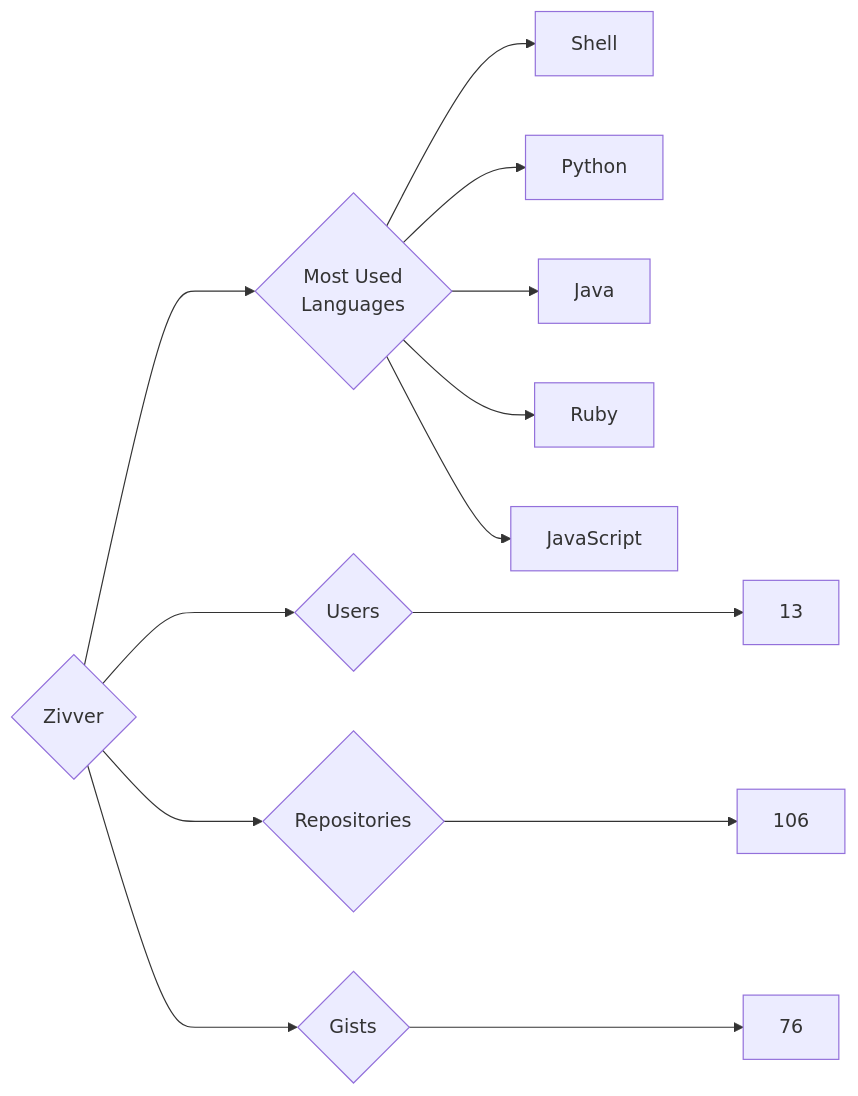
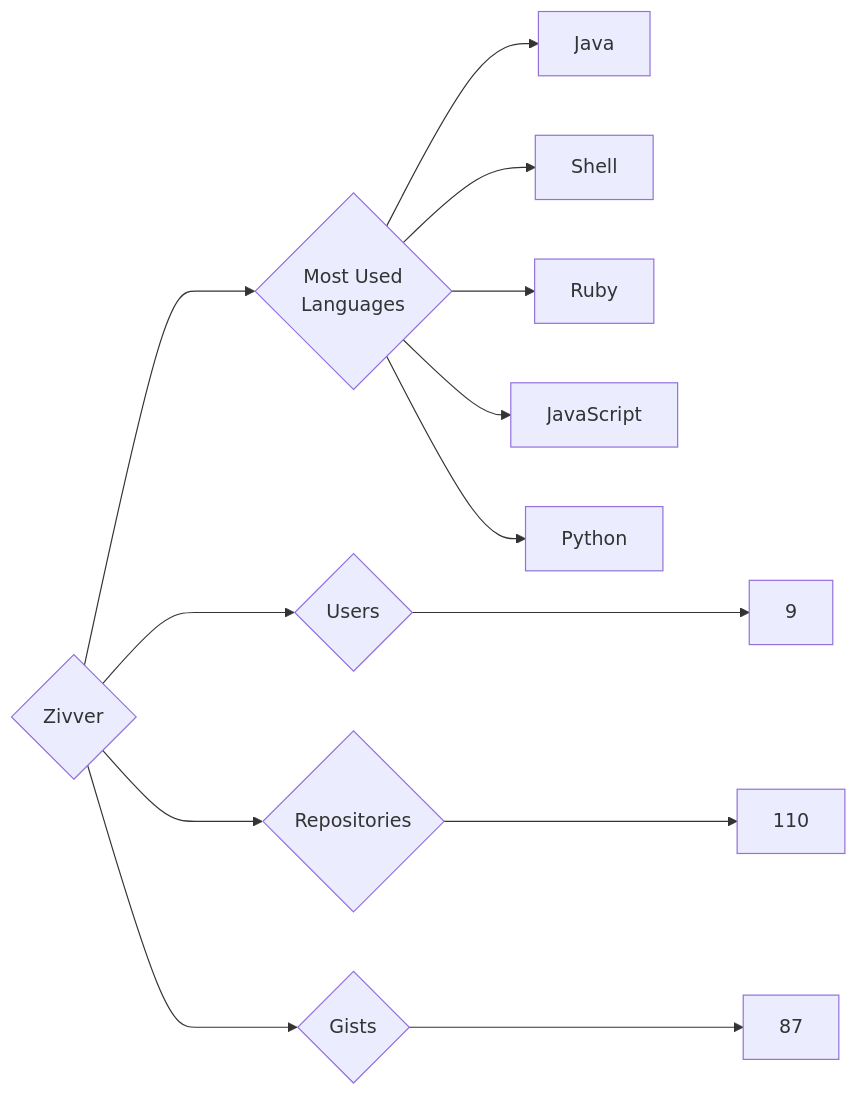
One commit to trickest/insiders changed the diagram in targets/Zivver/README.md. Above: the diagram before and after it, drawn with Mermaid. The commit also changed 973 other files, not shown here.

````diff
--- a/targets/Zivver/README.md
+++ b/targets/Zivver/README.md
@@ -3,13 +3,13 @@
 ```mermaid
 graph LR
 COMPANY_NAME{Zivver}
-COMPANY_NAME ---> U{Users} ---> UN[13]
-COMPANY_NAME ---> R{Repositories} ---> RN[106]
-COMPANY_NAME ---> G{Gists} ---> GN[76]
+COMPANY_NAME ---> U{Users} ---> UN[9]
+COMPANY_NAME ---> R{Repositories} ---> RN[110]
+COMPANY_NAME ---> G{Gists} ---> GN[87]
 COMPANY_NAME ---> ML{Most Used<br>Languages}
+ML --> Java[Java]
 ML --> Shell[Shell]
-ML --> Python[Python]
-ML --> Java[Java]
 ML --> Ruby[Ruby]
 ML --> JavaScript[JavaScript]
+ML --> Python[Python]
 ```
````
